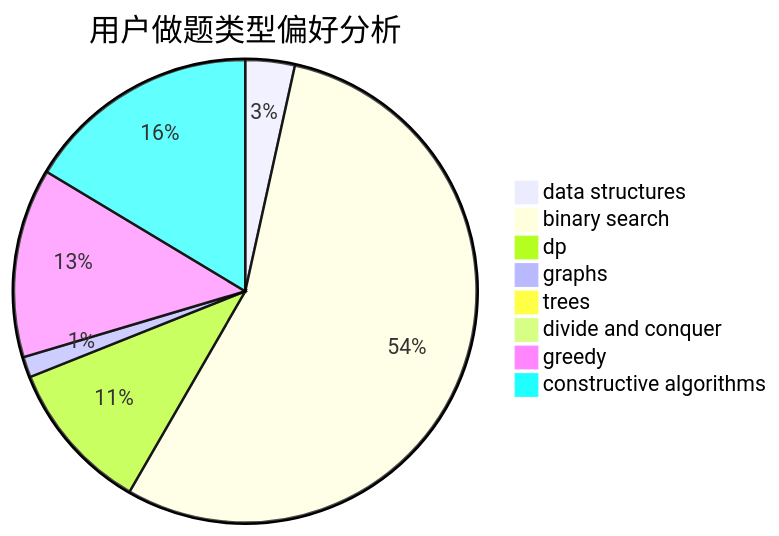
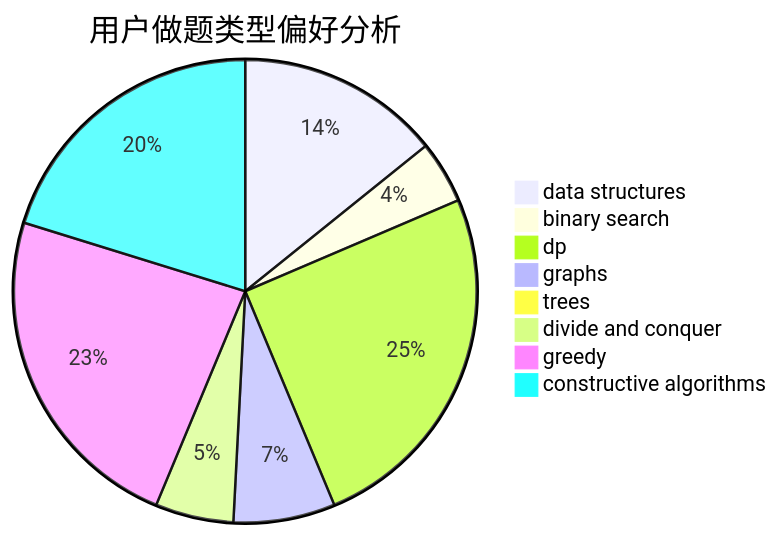
Before and after one commit to sherpahu/cfrs.github.io: the second of 3 diagrams in docs/user/u2004.md, drawn with Mermaid. The commit also changed other lines of this file and 2770 other files, not shown here.

````diff
--- a/docs/user/u2004.md
+++ b/docs/user/u2004.md
@@ -23,11 +23,11 @@
 ```mermaid
 pie title 用户做题类型偏好分析
-    "data structures" :  12
-    "binary search" :  191
-    "dp" :  37
-    "graphs" :  5
-    "trees" :  3
-    "divide and conquer" :  0
-    "greedy" :  46
-    "constructive algorithms" :  57
+    "data structures" :  26
+    "binary search" :  8
+    "dp" :  46
+    "graphs" :  13
+    "trees" :  0
+    "divide and conquer" :  10
+    "greedy" :  43
+    "constructive algorithms" :  37
 ```
````
